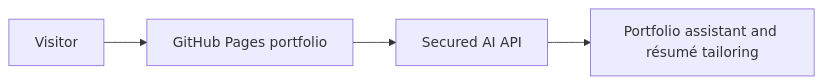
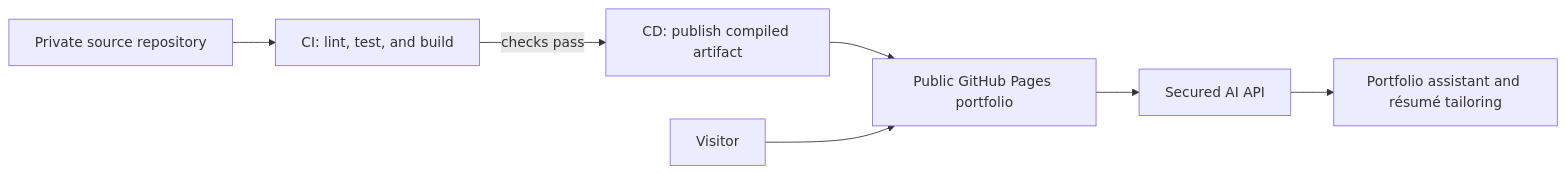
One commit to MussabElDash/Portfolio changed the diagram in README.md. Above: the diagram before and after it, drawn with Mermaid. The commit also changed other lines of this file and 2 other files, not shown here.

Commit message:
Publish portfolio

````diff
--- a/README.md
+++ b/README.md
@@ -14,6 +14,9 @@
 ```mermaid
 flowchart LR
-    Visitor["Visitor"] --> Pages["GitHub Pages portfolio"]
+    Source["Private source repository"] --> CI["CI: lint, test, and build"]
+    CI -->|"checks pass"| CD["CD: publish compiled artifact"]
+    CD --> Pages["Public GitHub Pages portfolio"]
+    Visitor["Visitor"] --> Pages
     Pages --> API["Secured AI API"]
     API --> AI["Portfolio assistant and résumé tailoring"]
 ```
````
